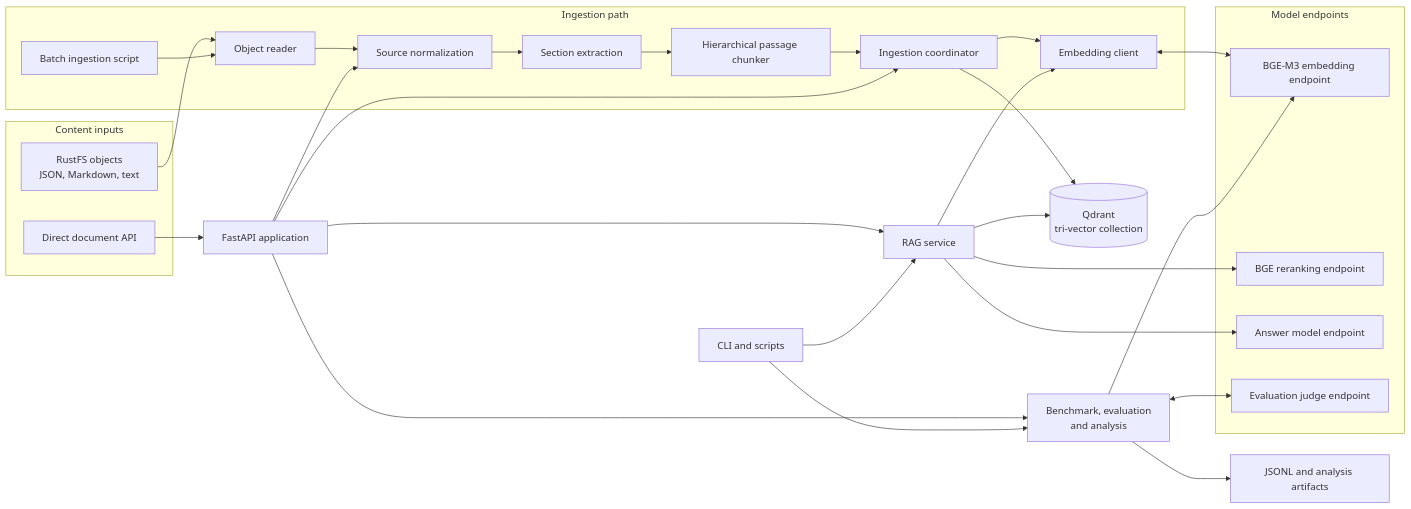
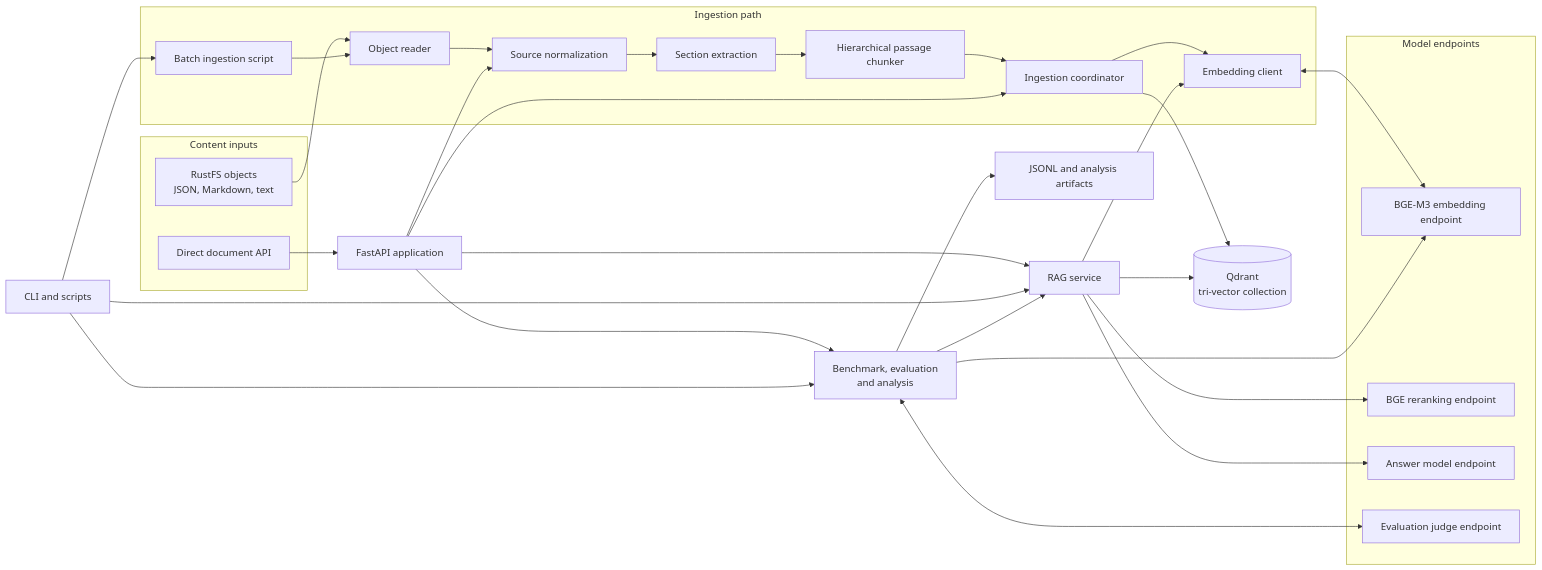
Before and after one commit to msb1/elite-rag: the first of 4 diagrams in docs/architecture.md, drawn with Mermaid. The commit also changed other lines of this file and 6 other files, not shown here.

````diff
--- a/docs/architecture.md
+++ b/docs/architecture.md
@@ -13,47 +14,49 @@
 ```mermaid
 flowchart LR
     subgraph Inputs[Content inputs]
         RF[RustFS objects<br/>JSON, Markdown, text]
         DD[Direct document API]
     end
     subgraph Ingestion[Ingestion path]
         RD[Object reader]
         N[Source normalization]
         SE[Section extraction]
         HC[Hierarchical passage chunker]
         EM[Embedding client]
         IC[Ingestion coordinator]
         BI[Batch ingestion script]
     end
     subgraph Models[Model endpoints]
         EMB[BGE-M3 embedding endpoint]
         RER[BGE reranking endpoint]
         LLM[Answer model endpoint]
         JUDGE[Evaluation judge endpoint]
     end
     Q[(Qdrant<br/>tri-vector collection)]
     API[FastAPI application]
     CLI[CLI and scripts]
     RAG[RAG service]
     EVAL[Benchmark, evaluation<br/>and analysis]
 
     RF --> RD --> N --> SE --> HC
     DD --> API --> N
     HC --> IC
     IC --> EM
     EM <--> EMB
     IC --> Q
     BI --> RD
+    CLI --> BI
     API --> IC
     API --> RAG
     CLI --> RAG
     RAG --> EM
     RAG --> Q
     RAG --> RER
     RAG --> LLM
     API --> EVAL
     CLI --> EVAL
+    EVAL --> RAG
     EVAL <--> JUDGE
     EVAL --> EMB
     EVAL --> Files[JSONL and analysis artifacts]
 ```
````
